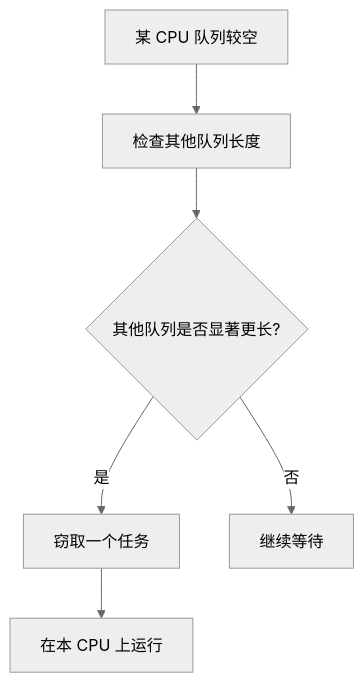
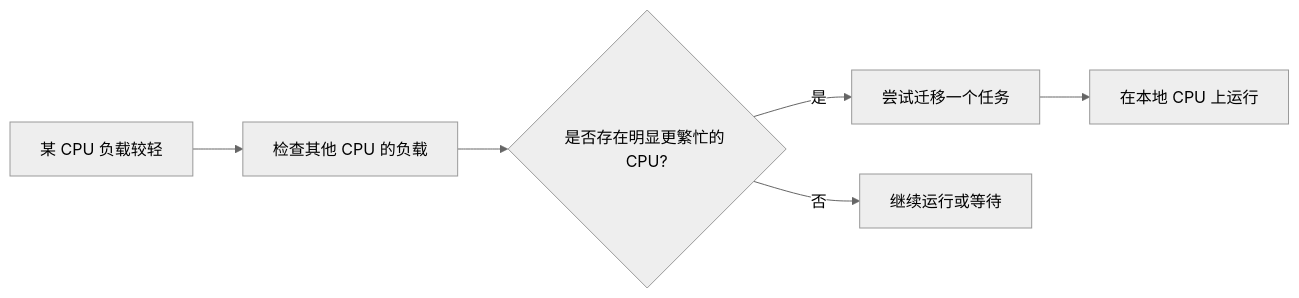
Diagram 12 of 12 in src/content/posts/CPU虚拟化.md (Meer-Matze/Meer-Matze.github.io), drawn with Mermaid (neutral theme) before and after one commit. The commit also changed other lines of this file, not shown here.

````diff
--- a/src/content/posts/CPU虚拟化.md
+++ b/src/content/posts/CPU虚拟化.md
@@ -794,8 +754,8 @@
 ```mermaid
-flowchart TD
-    Idle[某 CPU 队列较空] --> Check[检查其他队列长度]
-    Check --> Compare{其他队列是否显著更长?}
-    Compare -- 是 --> Steal[窃取一个任务]
-    Compare -- 否 --> Wait[继续等待]
-    Steal --> Run[在本 CPU 上运行]
+flowchart LR
+    Idle[某 CPU 负载较轻] --> Check[检查其他 CPU 的负载]
+    Check --> Compare{是否存在明显更繁忙的 CPU?}
+    Compare -- 是 --> Steal[尝试迁移一个任务]
+    Compare -- 否 --> Wait[继续运行或等待]
+    Steal --> Run[在本地 CPU 上运行]
 ```
````
